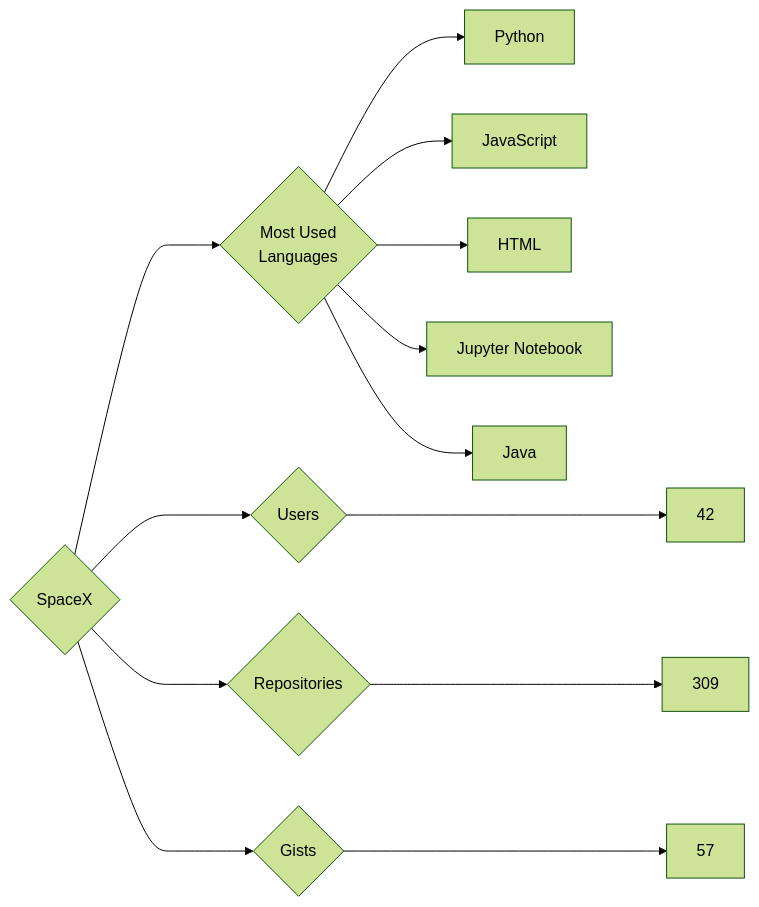
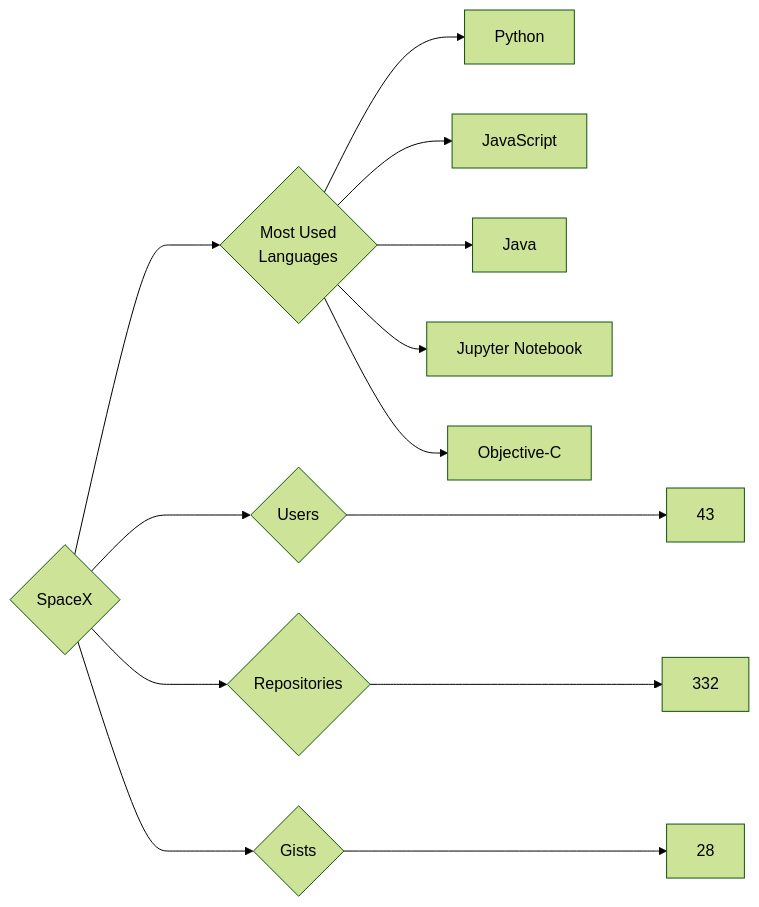
One commit to trickest/insiders changed the diagram in targets/SpaceX/README.md. Above: the diagram before and after it, drawn with Mermaid (forest theme). The commit also changed 833 other files, not shown here.

````diff
--- a/targets/SpaceX/README.md
+++ b/targets/SpaceX/README.md
@@ -3,13 +3,13 @@
 ```mermaid
 graph LR
 COMPANY_NAME{SpaceX}
-COMPANY_NAME ---> U{Users} ---> UN[42]
-COMPANY_NAME ---> R{Repositories} ---> RN[309]
-COMPANY_NAME ---> G{Gists} ---> GN[57]
+COMPANY_NAME ---> U{Users} ---> UN[43]
+COMPANY_NAME ---> R{Repositories} ---> RN[332]
+COMPANY_NAME ---> G{Gists} ---> GN[28]
 COMPANY_NAME ---> ML{Most Used<br>Languages}
 ML --> Python[Python]
 ML --> JavaScript[JavaScript]
-ML --> HTML[HTML]
+ML --> Java[Java]
 ML --> Jupyter_Notebook[Jupyter Notebook]
-ML --> Java[Java]
+ML --> Objective-C[Objective-C]
 ```
````
